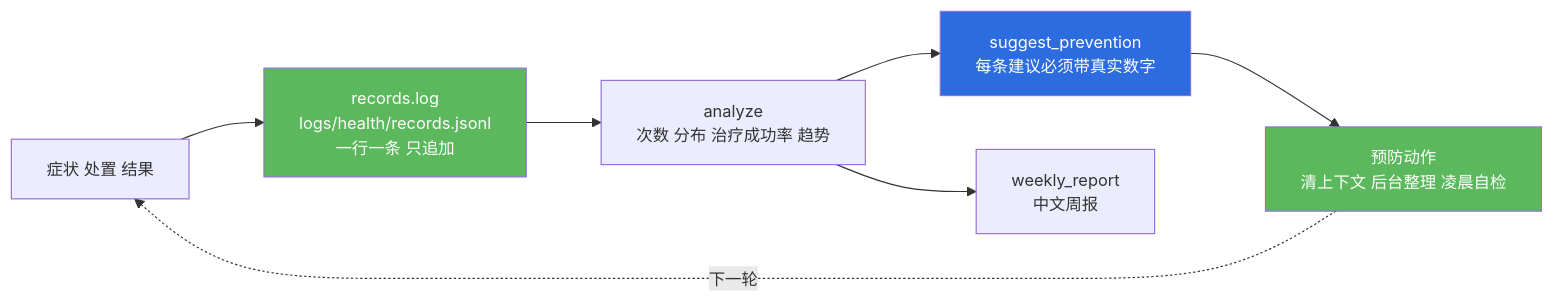
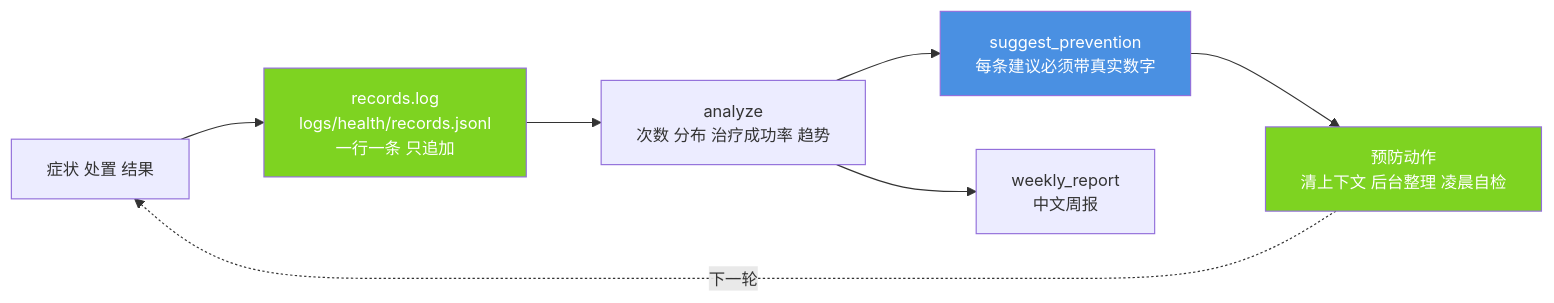
Before and after one commit to jiangchuangege/xiaojiao-harnees: the seventh of 7 diagrams in docs/modules/04-health.md, drawn with Mermaid. The commit also changed other lines of this file and 32 other files, not shown here.

Commit message:
统一：全仓原理图配色到一套调色板 + 给 12 张灰图补色 + 修正自己会睡那张过期图

````diff
--- a/docs/modules/04-health.md
+++ b/docs/modules/04-health.md
@@ -414,14 +414,14 @@
 ```mermaid
 %%{init: {"themeVariables": {"fontSize": "14px"}, "flowchart": {"htmlLabels": true, "wrappingWidth": 340, "nodeSpacing": 46, "rankSpacing": 64, "useMaxWidth": true}}}%%
 flowchart LR
     SY["症状 处置 结果"] --> LOG["records.log<br/>logs/health/records.jsonl<br/>一行一条 只追加"]
     LOG --> AN["analyze<br/>次数 分布 治疗成功率 趋势"]
     AN --> TIP["suggest_prevention<br/>每条建议必须带真实数字"]
     AN --> WK["weekly_report<br/>中文周报"]
     TIP --> ACT["预防动作<br/>清上下文 后台整理 凌晨自检"]
     ACT -.->|"下一轮"| SY
 
-    style LOG fill:#5cb85c,color:#fff
-    style TIP fill:#2d6cdf,color:#fff
-    style ACT fill:#5cb85c,color:#fff
+    style LOG fill:#7ED321,color:#fff
+    style TIP fill:#4A90E2,color:#fff
+    style ACT fill:#7ED321,color:#fff
 ```
````
